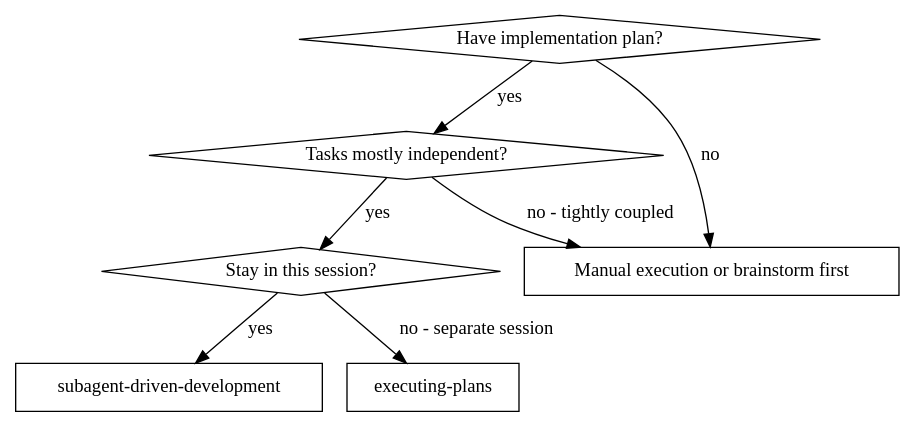
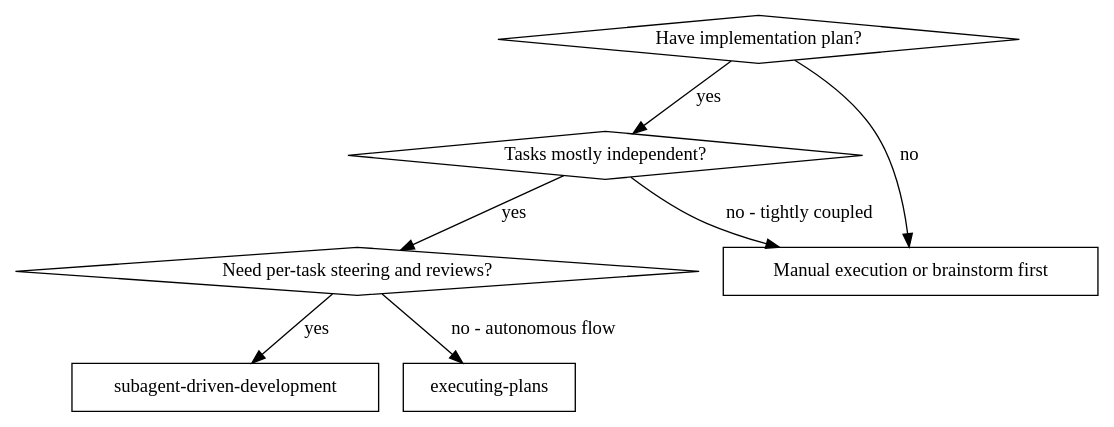
Before and after one commit to epleaner/superpowers: the diagram in skills/subagent-driven-development/SKILL.md, drawn with Graphviz. The commit also changed other lines of this file and 7 other files, not shown here.

````diff
--- a/skills/subagent-driven-development/SKILL.md
+++ b/skills/subagent-driven-development/SKILL.md
@@ -18,17 +18,17 @@
 ```dot
 digraph when_to_use {
     "Have implementation plan?" [shape=diamond];
     "Tasks mostly independent?" [shape=diamond];
-    "Stay in this session?" [shape=diamond];
+    "Need per-task steering and reviews?" [shape=diamond];
     "subagent-driven-development" [shape=box];
     "executing-plans" [shape=box];
     "Manual execution or brainstorm first" [shape=box];
 
     "Have implementation plan?" -> "Tasks mostly independent?" [label="yes"];
     "Have implementation plan?" -> "Manual execution or brainstorm first" [label="no"];
-    "Tasks mostly independent?" -> "Stay in this session?" [label="yes"];
+    "Tasks mostly independent?" -> "Need per-task steering and reviews?" [label="yes"];
     "Tasks mostly independent?" -> "Manual execution or brainstorm first" [label="no - tightly coupled"];
-    "Stay in this session?" -> "subagent-driven-development" [label="yes"];
-    "Stay in this session?" -> "executing-plans" [label="no - separate session"];
+    "Need per-task steering and reviews?" -> "subagent-driven-development" [label="yes"];
+    "Need per-task steering and reviews?" -> "executing-plans" [label="no - autonomous flow"];
 }
 ```
````
